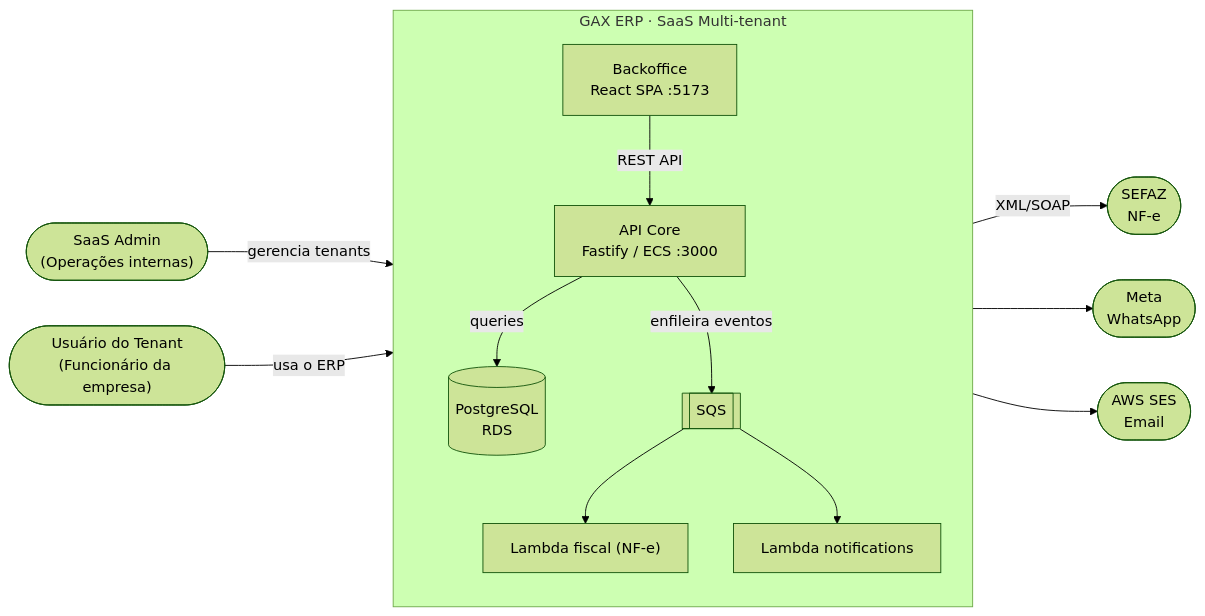
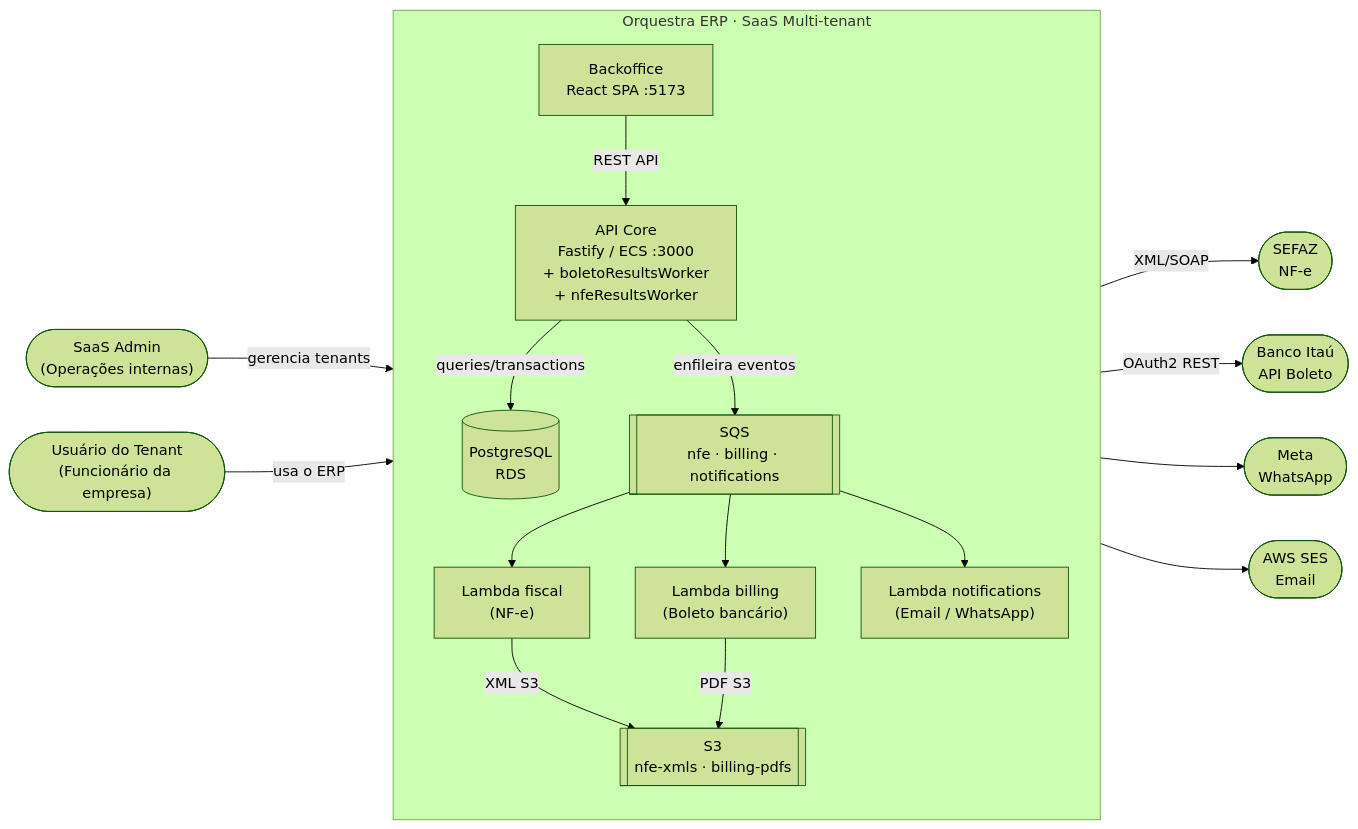
Before and after one commit to gercenioxsilva/erp-lite: the first of 4 diagrams in README.md, drawn with Mermaid (forest theme). The commit also changed other lines of this file, not shown here.

First line of the commit message:
docs(readme): update architecture diagrams with lambda-billing and boleto flow

````diff
--- a/README.md
+++ b/README.md
@@ -450,30 +450,37 @@
 ```mermaid
 flowchart LR
     saas_admin(["SaaS Admin\n(Operações internas)"])
     tenant_user(["Usuário do Tenant\n(Funcionário da empresa)"])
 
-    subgraph erp["GAX ERP  ·  SaaS Multi-tenant"]
+    subgraph erp["Orquestra ERP  ·  SaaS Multi-tenant"]
         direction TB
         backoffice["Backoffice\nReact SPA  :5173"]
-        api_core["API Core\nFastify / ECS  :3000"]
-        fiscal_lambda["Lambda  fiscal (NF-e)"]
-        notif_lambda["Lambda  notifications"]
+        api_core["API Core\nFastify / ECS  :3000\n+ boletoResultsWorker\n+ nfeResultsWorker"]
+        fiscal_lambda["Lambda fiscal\n(NF-e)"]
+        billing_lambda["Lambda billing\n(Boleto bancário)"]
+        notif_lambda["Lambda notifications\n(Email / WhatsApp)"]
         db[("PostgreSQL\nRDS")]
-        sqs[["SQS"]]
+        sqs[["SQS\nnfe · billing · notifications"]]
+        s3[["S3\nnfe-xmls · billing-pdfs"]]
     end
 
     sefaz(["SEFAZ\nNF-e"])
+    banco(["Banco Itaú\nAPI Boleto"])
     meta(["Meta\nWhatsApp"])
     ses(["AWS SES\nEmail"])
 
     saas_admin -- gerencia tenants --> backoffice
     tenant_user -- usa o ERP --> backoffice
     backoffice -- REST API --> api_core
-    api_core -- queries --> db
+    api_core -- queries/transactions --> db
     api_core -- enfileira eventos --> sqs
     sqs --> fiscal_lambda
+    sqs --> billing_lambda
     sqs --> notif_lambda
     fiscal_lambda -- XML/SOAP --> sefaz
+    fiscal_lambda -- XML S3 --> s3
+    billing_lambda -- OAuth2 REST --> banco
+    billing_lambda -- PDF S3 --> s3
     notif_lambda --> meta
     notif_lambda --> ses
 ```
````
